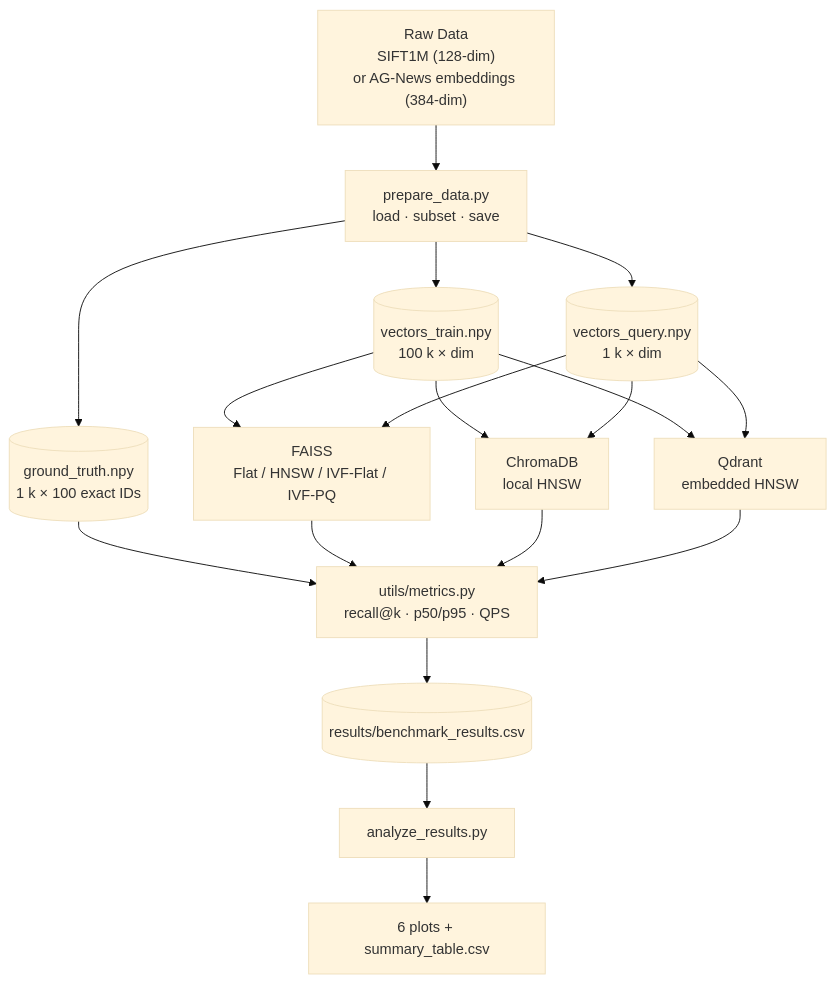
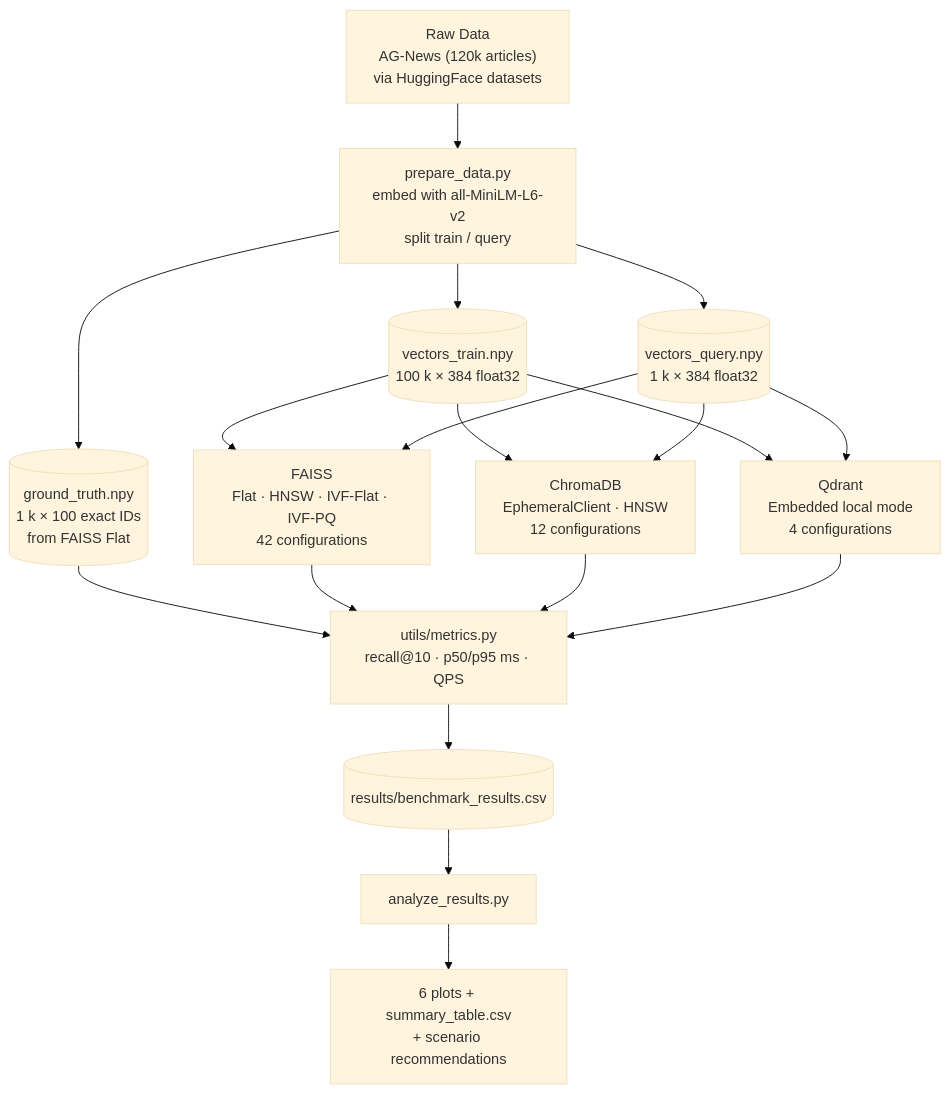
Before and after one commit to HuzaizKhalid/Vector-Search-Indexing-Benchmark: the diagram in README.md, drawn with Mermaid (base theme). The commit also changed other lines of this file, not shown here.

````diff
--- a/README.md
+++ b/README.md
@@ -19,25 +157,26 @@
 ```mermaid
 graph TD
-    A["Raw Data<br/>SIFT1M (128-dim)<br/>or AG-News embeddings (384-dim)"]
-    A --> B["prepare_data.py<br/>load · subset · save"]
+    A["Raw Data<br/>AG-News (120k articles)<br/>via HuggingFace datasets"]
+    A --> B["prepare_data.py<br/>embed with all-MiniLM-L6-v2<br/>split train / query"]
 
-    B --> C[("vectors_train.npy<br/>100 k × dim")]
-    B --> D[("vectors_query.npy<br/>1 k × dim")]
-    B --> E[("ground_truth.npy<br/>1 k × 100  exact IDs")]
+    B --> C[("vectors_train.npy<br/>100 k × 384 float32")]
+    B --> D[("vectors_query.npy<br/>1 k × 384 float32")]
+    B --> E[("ground_truth.npy<br/>1 k × 100 exact IDs<br/>from FAISS Flat")]
 
-    C --> F["FAISS<br/>Flat / HNSW / IVF-Flat / IVF-PQ"]
-    C --> G["ChromaDB<br/>local HNSW"]
-    C --> H["Qdrant<br/>embedded HNSW"]
+    C --> F["FAISS<br/>Flat · HNSW · IVF-Flat · IVF-PQ<br/>42 configurations"]
+    C --> G["ChromaDB<br/>EphemeralClient · HNSW<br/>12 configurations"]
+    C --> H["Qdrant<br/>Embedded local mode<br/>4 configurations"]
+
     D --> F
     D --> G
     D --> H
-    E --> I["utils/metrics.py<br/>recall@k · p50/p95 · QPS"]
+    E --> I["utils/metrics.py<br/>recall@10 · p50/p95 ms · QPS"]
 
     F --> I
     G --> I
     H --> I
 
     I --> J[("results/benchmark_results.csv")]
     J --> K["analyze_results.py"]
-    K --> L["6 plots + summary_table.csv"]
+    K --> L["6 plots + summary_table.csv<br/>+ scenario recommendations"]
 ```
````
